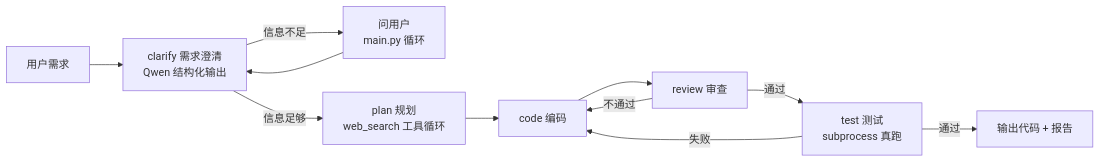
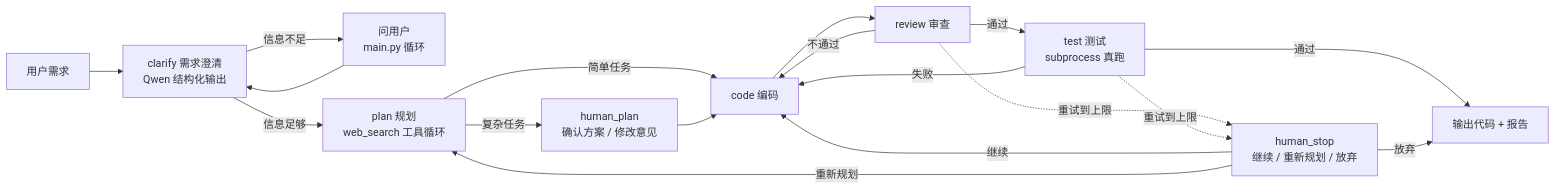
The diagram in README.md (hujiaoda/multi-agent), drawn with Mermaid before and after one commit. The commit also changed other lines of this file, not shown here.

Commit message:
README：更新当前状态、架构图与已知限制

````diff
--- a/README.md
+++ b/README.md
@@ -8,13 +14,20 @@
 ```mermaid
 flowchart LR
     A[用户需求] --> B[clarify 需求澄清<br/>Qwen 结构化输出]
     B -->|信息不足| Q[问用户<br/>main.py 循环]
     Q --> B
     B -->|信息足够| P[plan 规划<br/>web_search 工具循环]
-    P --> C[code 编码]
+    P -->|简单任务| C[code 编码]
+    P -->|复杂任务| H[human_plan<br/>确认方案 / 修改意见]
+    H --> C
     C --> R[review 审查]
     R -->|不通过| C
     R -->|通过| T[test 测试<br/>subprocess 真跑]
     T -->|失败| C
     T -->|通过| D[输出代码 + 报告]
+    R -.重试到上限.-> S[human_stop<br/>继续 / 重新规划 / 放弃]
+    T -.重试到上限.-> S
+    S -->|继续| C
+    S -->|重新规划| P
+    S -->|放弃| D
 ```
````
